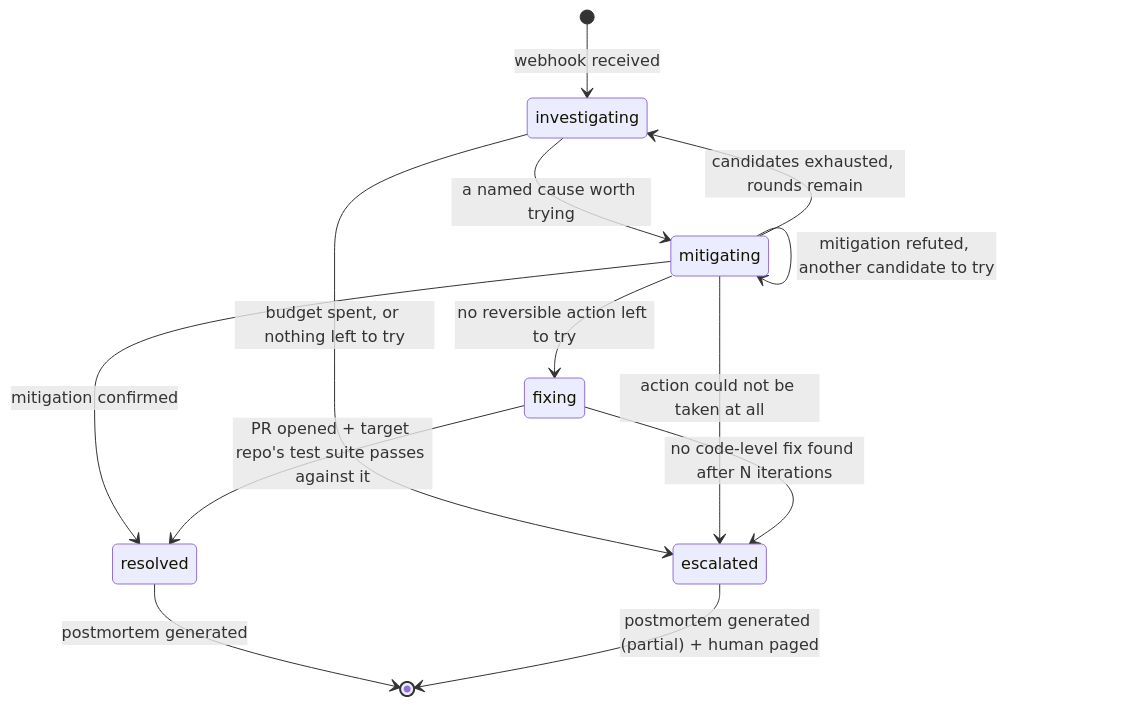
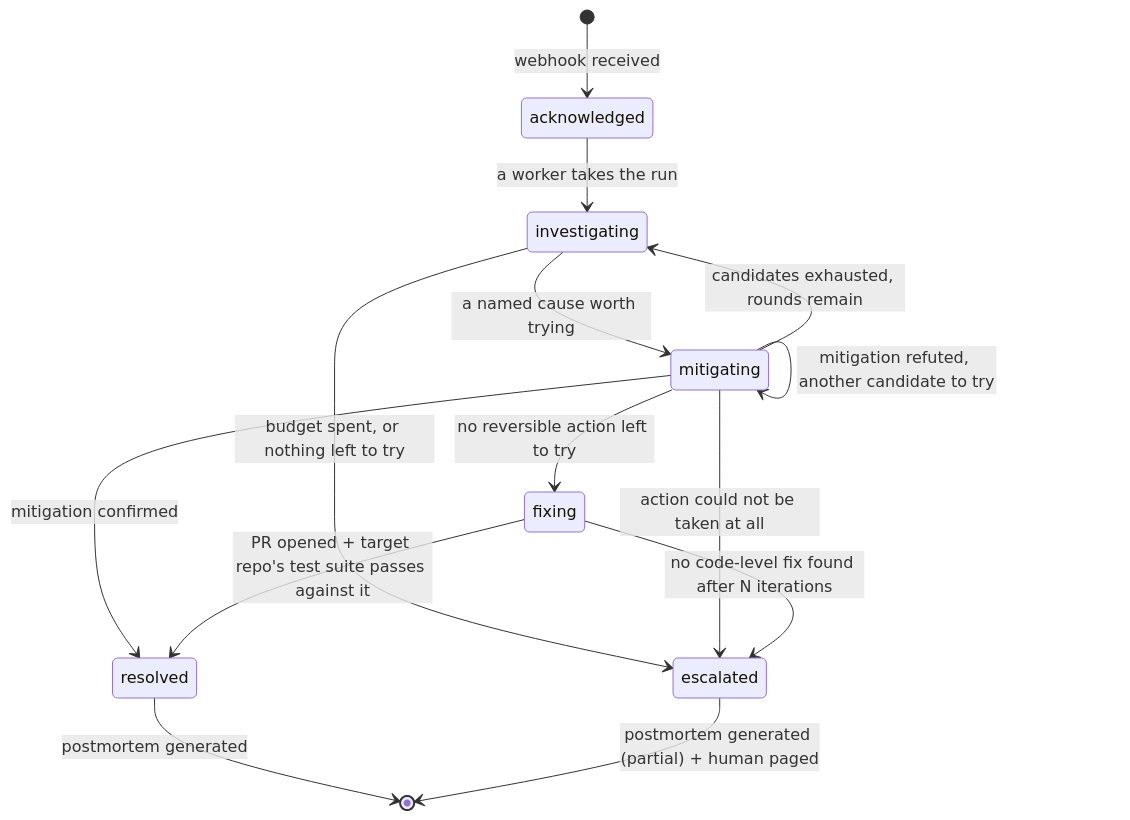
One commit to ohadraz/Argus changed the third of 5 diagrams in docs/spec-and-architecture.md. Above: the diagram before and after it, drawn with Mermaid. The commit also changed other lines of this file and 39 other files, not shown here.

````diff
--- a/docs/spec-and-architecture.md
+++ b/docs/spec-and-architecture.md
@@ -250,15 +253,16 @@
 ```mermaid
 stateDiagram-v2
-    [*] --> investigating: webhook received
+    [*] --> acknowledged: webhook received
+    acknowledged --> investigating: a worker takes the run
     investigating --> mitigating: a named cause worth trying
     investigating --> escalated: budget spent, or nothing left to try
     mitigating --> resolved: mitigation confirmed
     mitigating --> mitigating: mitigation refuted, another candidate to try
     mitigating --> investigating: candidates exhausted, rounds remain
     mitigating --> escalated: action could not be taken at all
     mitigating --> fixing: no reversible action left to try
     fixing --> resolved: PR opened + target repo's test suite passes against it
     fixing --> escalated: no code-level fix found after N iterations
     resolved --> [*]: postmortem generated
     escalated --> [*]: postmortem generated (partial) + human paged
 ```
````
